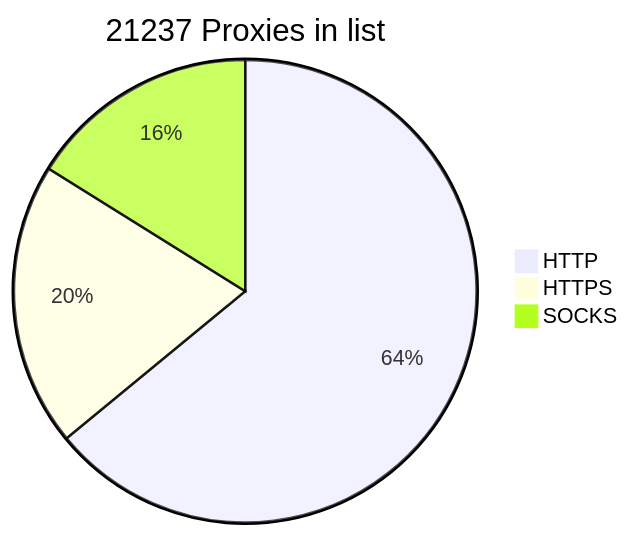
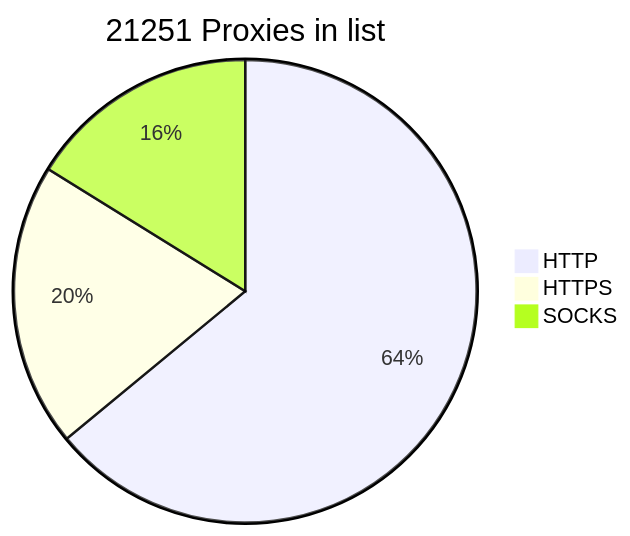
One commit to BlackSnowDot/proxylist-update-every-minute changed the diagram in README.md. Above: the diagram before and after it, drawn with Mermaid.

````diff
--- a/README.md
+++ b/README.md
@@ -2,6 +2,6 @@
 ```mermaid
-pie title 21237 Proxies in list
-    "HTTP" : 15530
+pie title 21251 Proxies in list
+    "HTTP" : 15532
     "HTTPS": 4810
-    "SOCKS" : 3910
+    "SOCKS" : 3923
 ```
````
